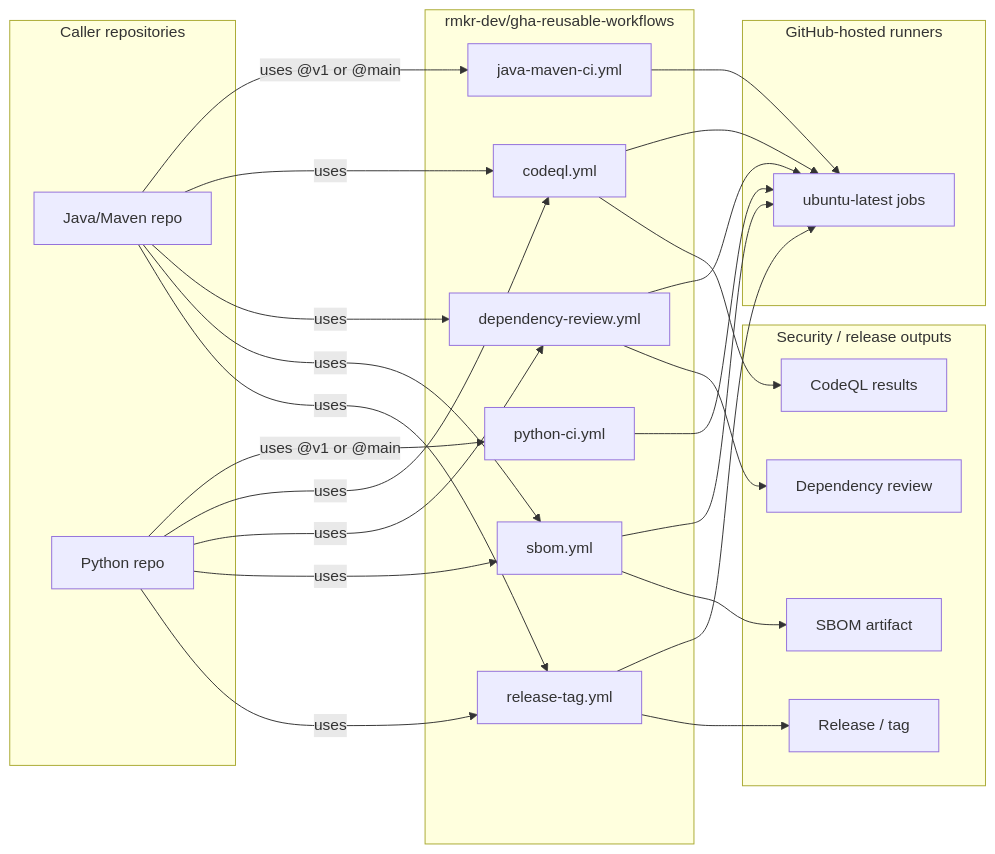
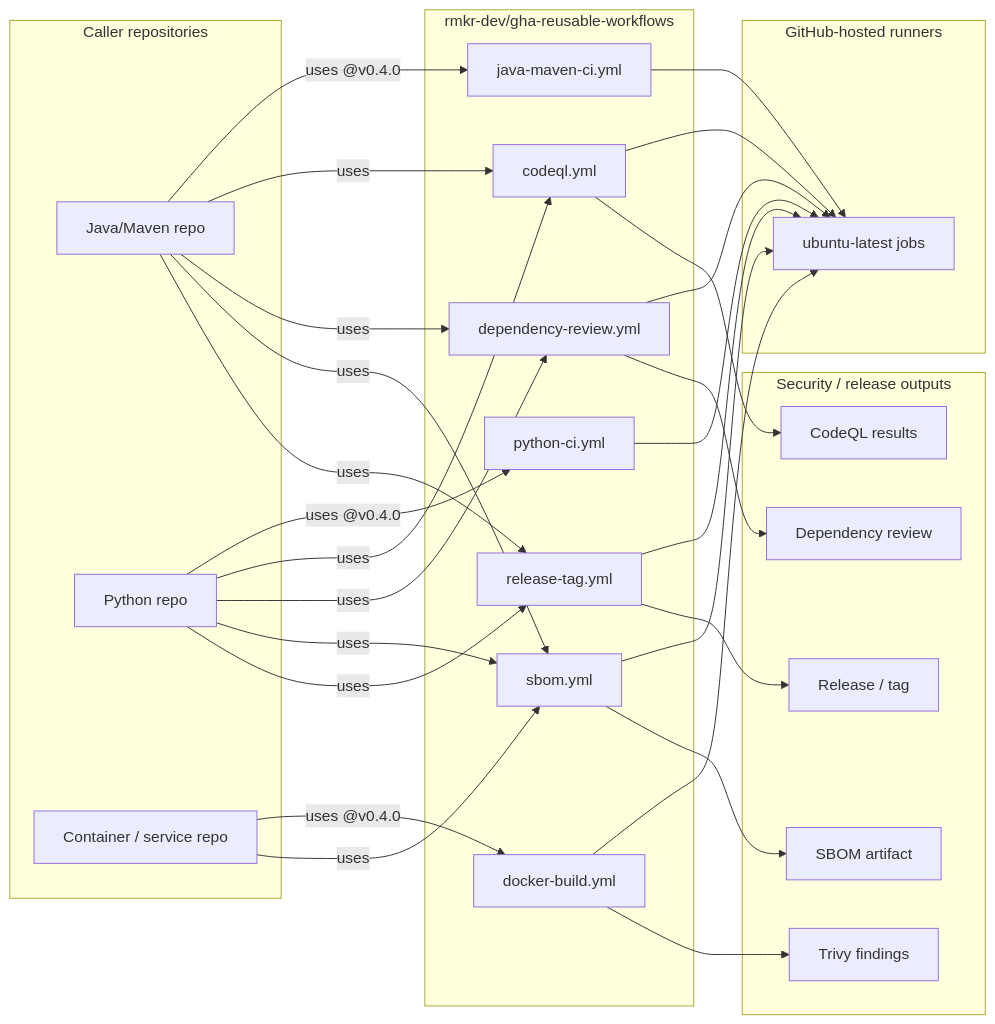
The diagram in docs/architecture/architecture-diagram.md (rmkr-dev/gha-reusable-workflows), drawn with Mermaid before and after one commit. The commit also changed other lines of this file, not shown here.

Commit message:
Update architecture diagram for docker-build and v0.4.0 pins
Include docker-build/Trivy in the Mermaid overview and point callers at @v0.4.0.

````diff
--- a/docs/architecture/architecture-diagram.md
+++ b/docs/architecture/architecture-diagram.md
@@ -3,50 +3,57 @@
 ```mermaid
 flowchart LR
   subgraph Callers["Caller repositories"]
     JP["Java/Maven repo"]
     PP["Python repo"]
+    DP["Container / service repo"]
   end
 
   subgraph Reusable["rmkr-dev/gha-reusable-workflows"]
     PY["python-ci.yml"]
     JV["java-maven-ci.yml"]
+    DK["docker-build.yml"]
     CQ["codeql.yml"]
     DR["dependency-review.yml"]
     SB["sbom.yml"]
     RT["release-tag.yml"]
   end
 
   subgraph Runners["GitHub-hosted runners"]
     R["ubuntu-latest jobs"]
   end
 
   subgraph Supply["Security / release outputs"]
     CQout["CodeQL results"]
     DRout["Dependency review"]
     SBout["SBOM artifact"]
+    TRout["Trivy findings"]
     RELout["Release / tag"]
   end
 
-  JP -->|uses @v1 or @main| JV
+  JP -->|uses @v0.4.0| JV
   JP -->|uses| CQ
   JP -->|uses| DR
   JP -->|uses| SB
   JP -->|uses| RT
-  PP -->|uses @v1 or @main| PY
+  PP -->|uses @v0.4.0| PY
   PP -->|uses| CQ
   PP -->|uses| DR
   PP -->|uses| SB
   PP -->|uses| RT
+  DP -->|uses @v0.4.0| DK
+  DP -->|uses| SB
 
   PY --> R
   JV --> R
+  DK --> R
   CQ --> R
   DR --> R
   SB --> R
   RT --> R
 
   CQ --> CQout
   DR --> DRout
   SB --> SBout
+  DK --> TRout
   RT --> RELout
 ```
````
